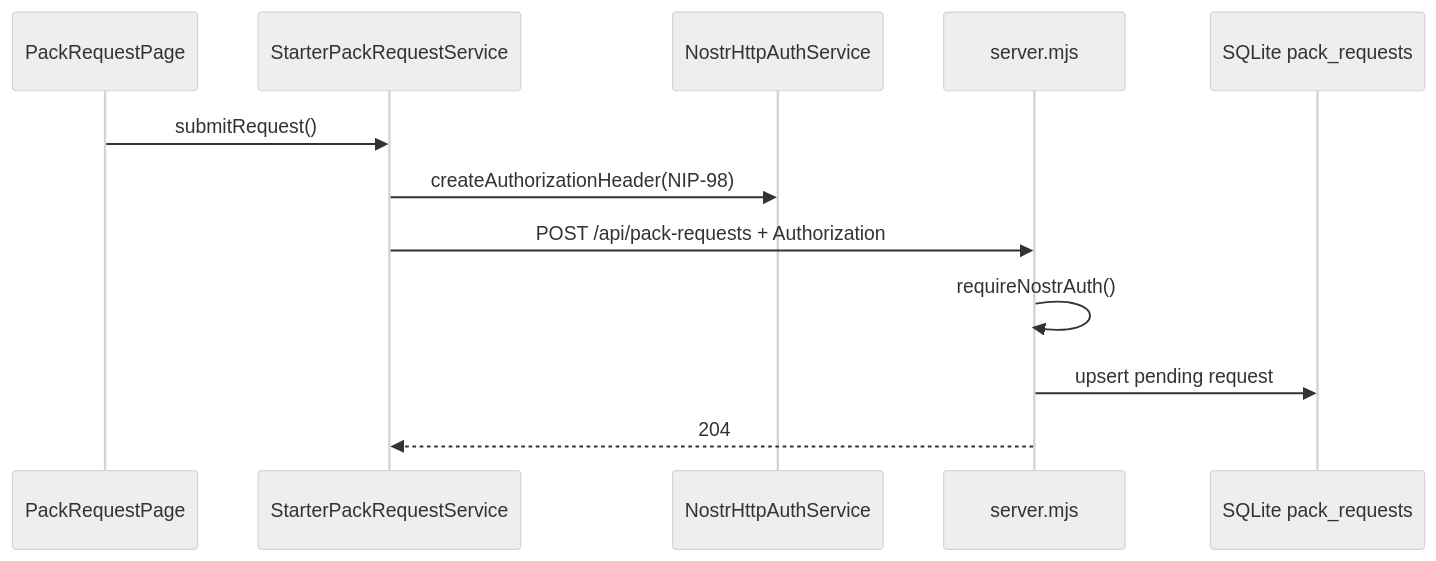
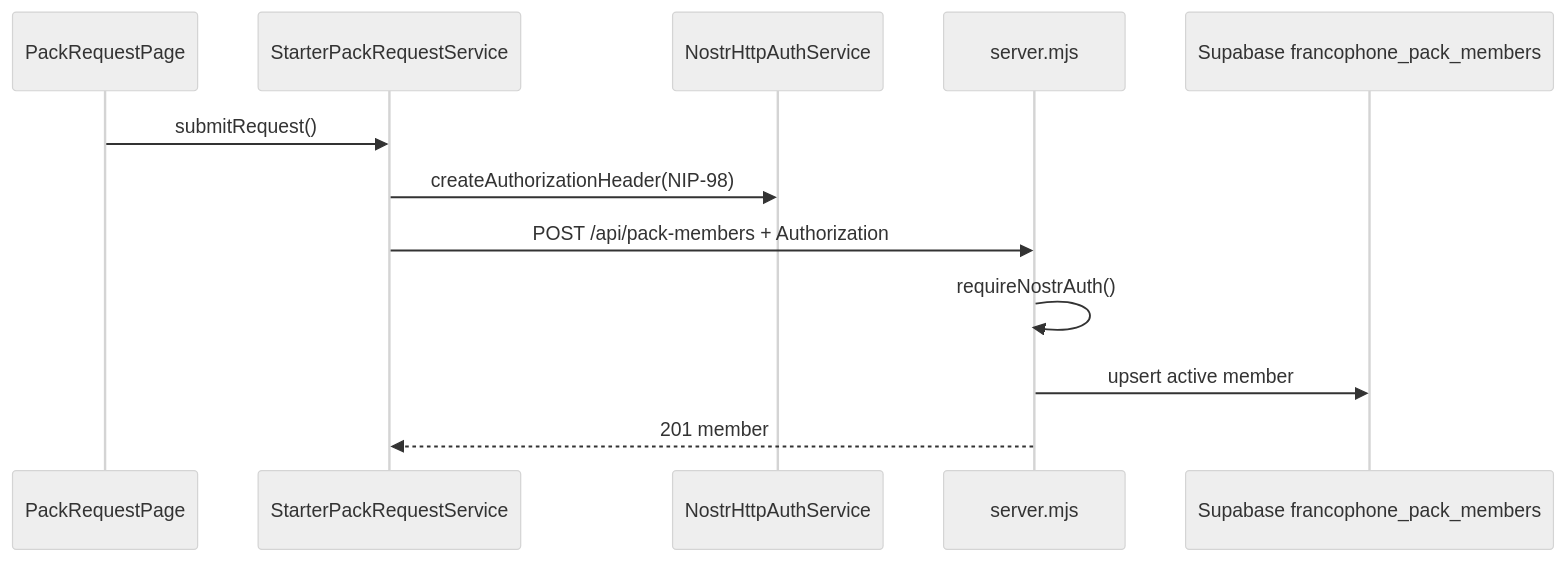
One commit to maxiim3/nostr-tools-ng-app changed the first of 2 diagrams in src/features/packs/README.md. Above: the diagram before and after it, drawn with Mermaid (neutral theme). The commit also changed other lines of this file and 23 other files, not shown here.

Commit message:
feat: auto admit pack members

````diff
--- a/src/features/packs/README.md
+++ b/src/features/packs/README.md
@@ -16,15 +15,15 @@
 ```mermaid
 sequenceDiagram
   participant User as PackRequestPage
   participant Service as StarterPackRequestService
   participant Auth as NostrHttpAuthService
   participant API as server.mjs
-  participant DB as SQLite pack_requests
+  participant DB as Supabase francophone_pack_members
 
   User->>Service: submitRequest()
   Service->>Auth: createAuthorizationHeader(NIP-98)
-  Service->>API: POST /api/pack-requests + Authorization
+  Service->>API: POST /api/pack-members + Authorization
   API->>API: requireNostrAuth()
-  API->>DB: upsert pending request
-  API-->>Service: 204
+  API->>DB: upsert active member
+  API-->>Service: 201 member
 ```
````
